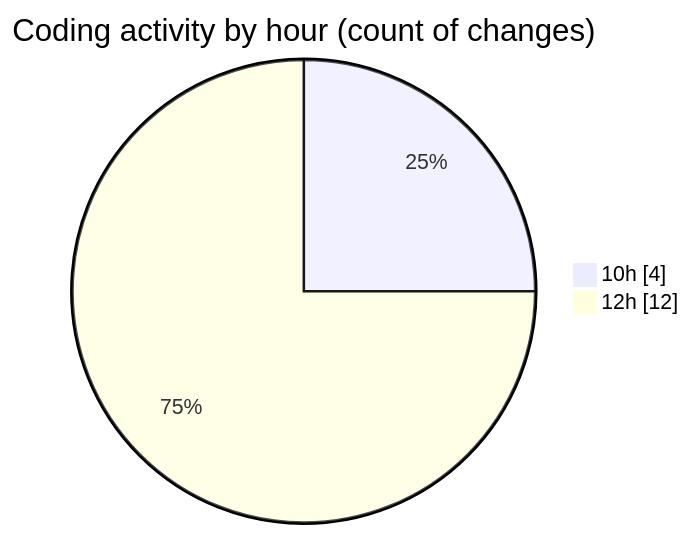
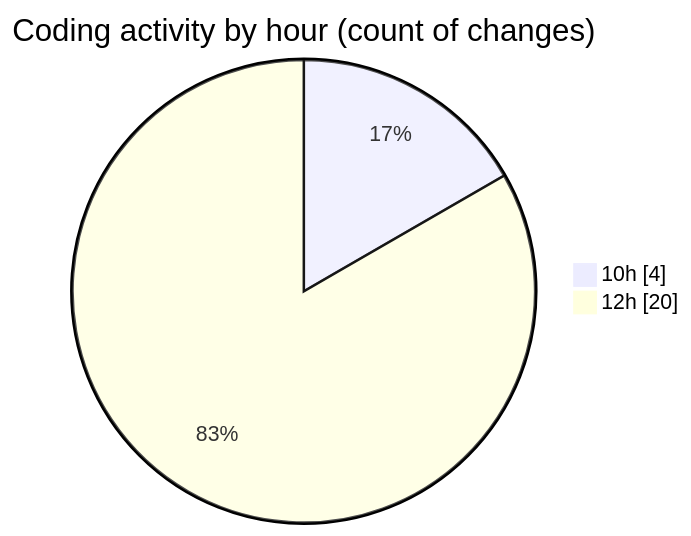
The second of 2 diagrams in 2025-05-22/nxtqube_webapp/README.md (nxtqubesakshisongat/code-tracking), drawn with Mermaid before and after one commit. The commit also changed other lines of this file and 1 other file, not shown here.

````diff
--- a/2025-05-22/nxtqube_webapp/README.md
+++ b/2025-05-22/nxtqube_webapp/README.md
@@ -30,6 +30,6 @@
 ```mermaid
 pie showData
 title Coding activity by hour (count of changes)
 "10h" : 4
-"12h" : 12
+"12h" : 20
 ```
````
